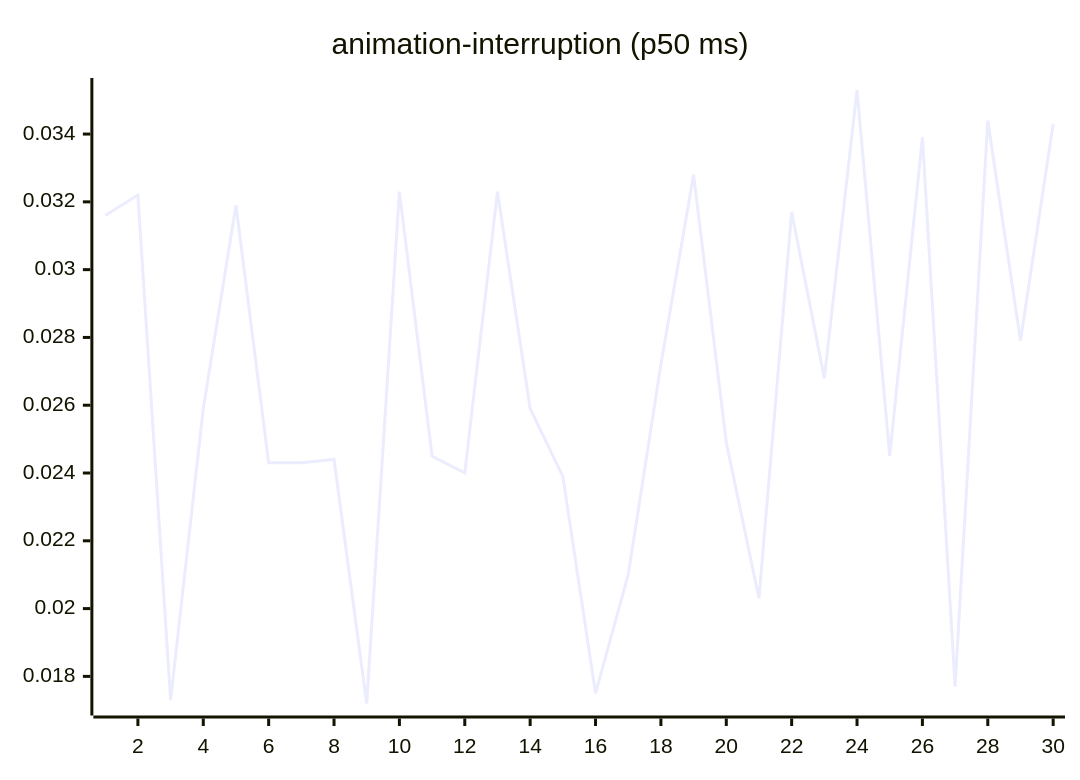
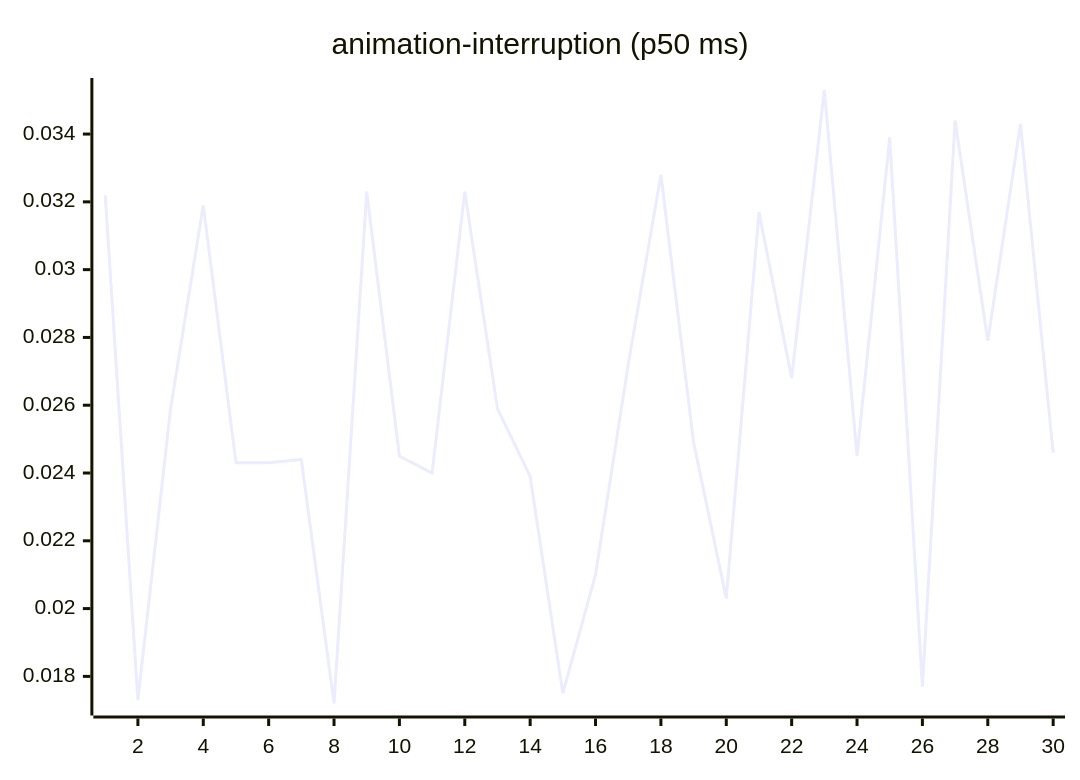
The third of 27 diagrams in README.md (josha/Facet), drawn with Mermaid before and after one commit. The commit also changed other lines of this file and 2 other files, not shown here.

````diff
--- a/README.md
+++ b/README.md
@@ -77,6 +77,6 @@
 ```mermaid
 xychart-beta
     title "animation-interruption (p50 ms)"
     x-axis 1 --> 30
-    line [0.0316, 0.0322, 0.0173, 0.0259, 0.0319, 0.0243, 0.0243, 0.0244, 0.0172, 0.0323, 0.0245, 0.0240, 0.0323, 0.0259, 0.0239, 0.0175, 0.0210, 0.0272, 0.0328, 0.0249, 0.0203, 0.0317, 0.0268, 0.0353, 0.0245, 0.0339, 0.0177, 0.0344, 0.0279, 0.0343]
+    line [0.0322, 0.0173, 0.0259, 0.0319, 0.0243, 0.0243, 0.0244, 0.0172, 0.0323, 0.0245, 0.0240, 0.0323, 0.0259, 0.0239, 0.0175, 0.0210, 0.0272, 0.0328, 0.0249, 0.0203, 0.0317, 0.0268, 0.0353, 0.0245, 0.0339, 0.0177, 0.0344, 0.0279, 0.0343, 0.0246]
 ```
````
